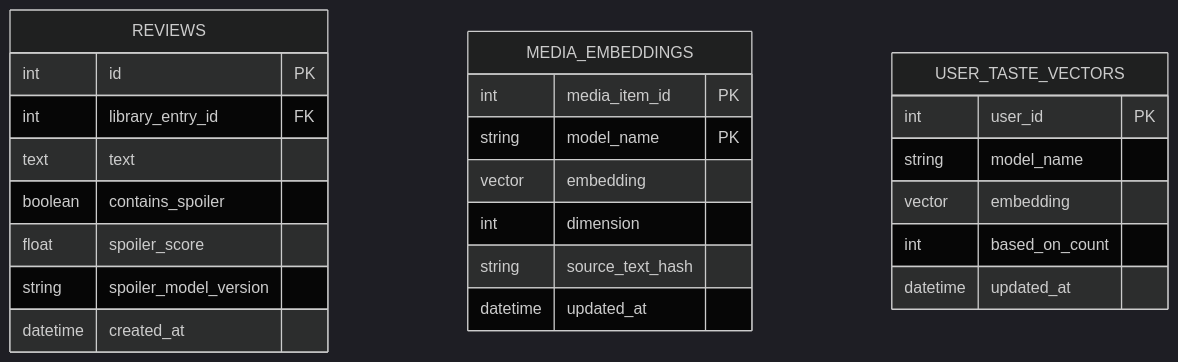
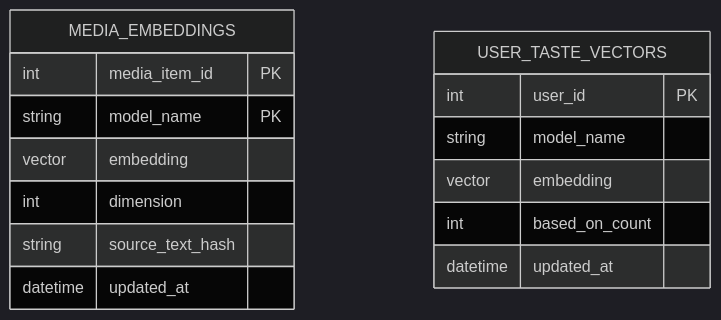
Before and after one commit to metezd/OmniLog: the seventh of 7 diagrams in docs/analysis/data/er-diagram.md, drawn with Mermaid (dark theme). The commit also changed other lines of this file and 16 other files, not shown here.

````diff
--- a/docs/analysis/data/er-diagram.md
+++ b/docs/analysis/data/er-diagram.md
@@ -188,27 +232,18 @@
 ```mermaid
 erDiagram
-    REVIEWS {
-        int id PK
-        int library_entry_id FK
-        text text
-        boolean contains_spoiler
-        float spoiler_score
-        string spoiler_model_version
-        datetime created_at
-    }
     MEDIA_EMBEDDINGS {
         int media_item_id PK
         string model_name PK
         vector embedding
         int dimension
         string source_text_hash
         datetime updated_at
     }
     USER_TASTE_VECTORS {
         int user_id PK
         string model_name
         vector embedding
         int based_on_count
         datetime updated_at
     }
 ```
````
